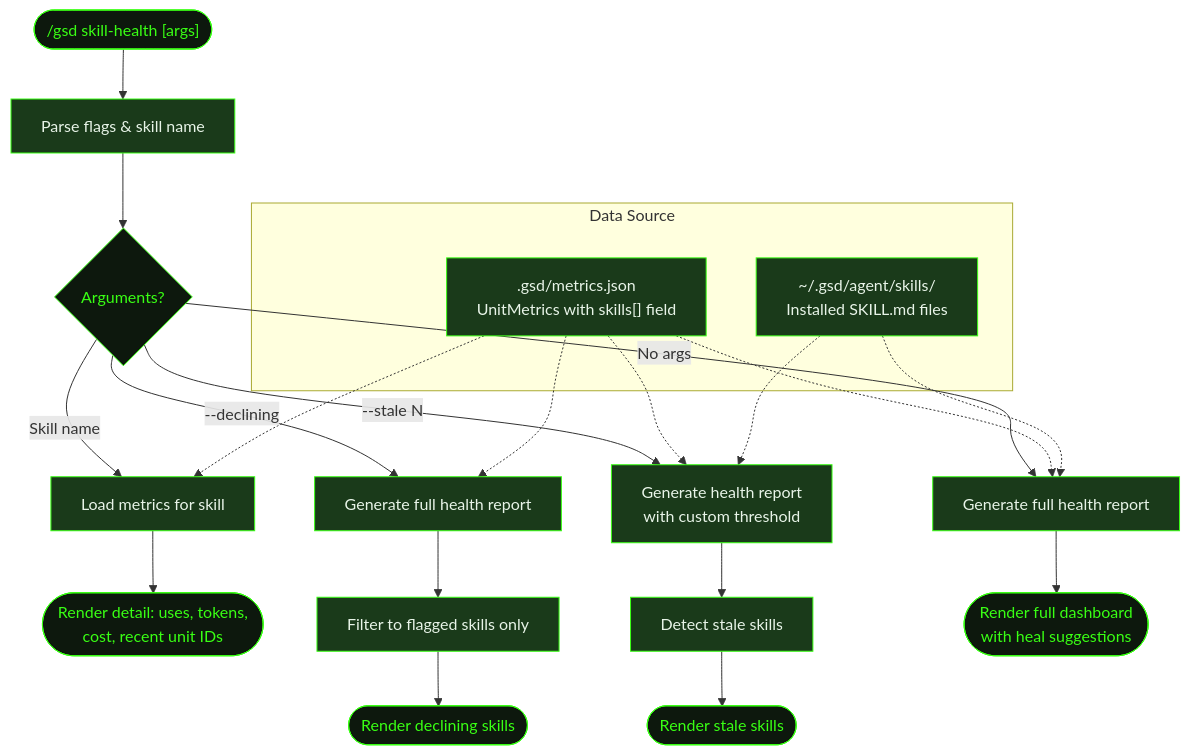
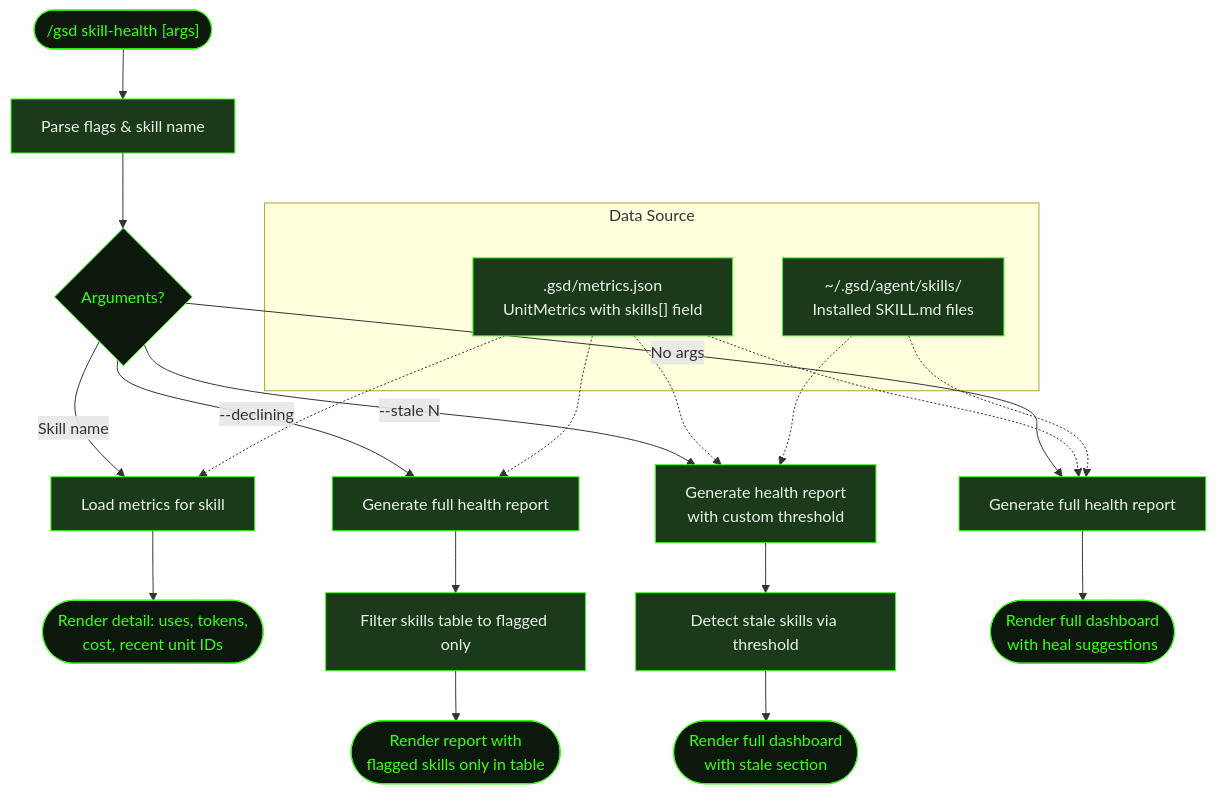
Before and after one commit to shusha-group/gsd2-guide: the diagram in src/content/docs/commands/skill-health.mdx, drawn with Mermaid. The commit also changed other lines of this file and 79 other files, not shown here.

````diff
--- a/src/content/docs/commands/skill-health.mdx
+++ b/src/content/docs/commands/skill-health.mdx
@@ -23,47 +23,47 @@
 ```mermaid
 flowchart TD
     Start(["/gsd skill-health [args]"]) --> Parse[Parse flags & skill name]
     Parse --> Route{Arguments?}
 
     Route -->|Skill name| Detail[Load metrics for skill]
     Detail --> DetailView([Render detail: uses, tokens,<br/>cost, recent unit IDs])
 
     Route -->|--declining| GenReport[Generate full health report]
-    GenReport --> FilterDecline[Filter to flagged skills only]
-    FilterDecline --> DashDecline([Render declining skills])
+    GenReport --> FilterDecline[Filter skills table to flagged only]
+    FilterDecline --> DashDecline([Render report with<br/>flagged skills only in table])
 
     Route -->|--stale N| GenReport2[Generate health report<br/>with custom threshold]
-    GenReport2 --> FilterStale[Detect stale skills]
-    FilterStale --> DashStale([Render stale skills])
+    GenReport2 --> FilterStale[Detect stale skills via threshold]
+    FilterStale --> DashStale([Render full dashboard<br/>with stale section])
 
     Route -->|No args| GenFull[Generate full health report]
     GenFull --> DashFull([Render full dashboard<br/>with heal suggestions])
 
     subgraph "Data Source"
         Ledger[".gsd/metrics.json<br/>UnitMetrics with skills[] field"]
         Skills["~/.gsd/agent/skills/<br/>Installed SKILL.md files"]
     end
 
     Ledger -.-> GenReport
     Ledger -.-> GenReport2
     Ledger -.-> GenFull
     Ledger -.-> Detail
     Skills -.-> GenReport2
     Skills -.-> GenFull
 
     style Start fill:#0d180d,stroke:#39ff14,color:#39ff14
     style Route fill:#0d180d,stroke:#39ff14,color:#39ff14
     style Parse fill:#1a3a1a,stroke:#39ff14,color:#e8f4e8
     style Detail fill:#1a3a1a,stroke:#39ff14,color:#e8f4e8
     style GenReport fill:#1a3a1a,stroke:#39ff14,color:#e8f4e8
     style GenReport2 fill:#1a3a1a,stroke:#39ff14,color:#e8f4e8
     style GenFull fill:#1a3a1a,stroke:#39ff14,color:#e8f4e8
     style FilterDecline fill:#1a3a1a,stroke:#39ff14,color:#e8f4e8
     style FilterStale fill:#1a3a1a,stroke:#39ff14,color:#e8f4e8
     style DetailView fill:#0d180d,stroke:#39ff14,color:#39ff14
     style DashDecline fill:#0d180d,stroke:#39ff14,color:#39ff14
     style DashStale fill:#0d180d,stroke:#39ff14,color:#39ff14
     style DashFull fill:#0d180d,stroke:#39ff14,color:#39ff14
     style Ledger fill:#1a3a1a,stroke:#39ff14,color:#e8f4e8
     style Skills fill:#1a3a1a,stroke:#39ff14,color:#e8f4e8
 ```
````
